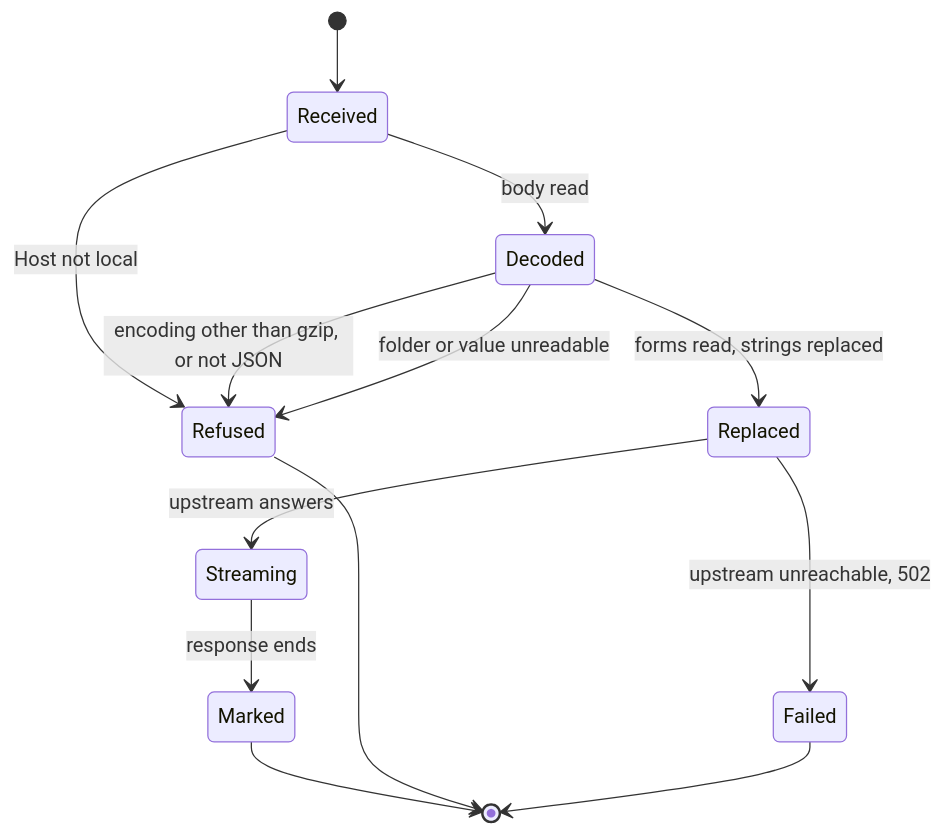
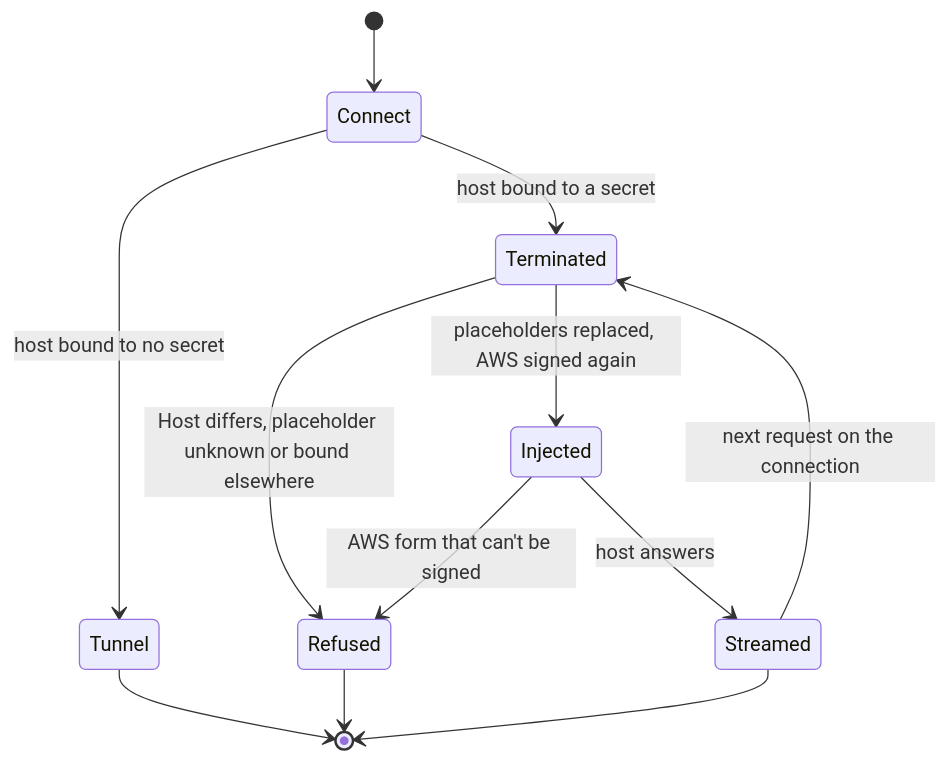
One commit to evgeny-simplex/simplex-chat changed the third of 4 diagrams in plans/2026-11-13-mcp-secrets.md. Above: the diagram before and after it, drawn with Mermaid. The commit also changed other lines of this file, not shown here.

Commit message:
plan: mcp-secrets, secrets bound to hosts, put in by the plugin's proxy

````diff
--- a/plans/2026-11-13-mcp-secrets.md
+++ b/plans/2026-11-13-mcp-secrets.md
@@ -308,15 +276,14 @@
 ```mermaid
 stateDiagram-v2
-  [*] --> Received
-  Received --> Refused: Host not local
-  Received --> Decoded: body read
-  Decoded --> Refused: encoding other than gzip, or not JSON
-  Decoded --> Replaced: forms read, strings replaced
-  Decoded --> Refused: folder or value unreadable
-  Replaced --> Streaming: upstream answers
-  Replaced --> Failed: upstream unreachable, 502
-  Streaming --> Marked: response ends
-  Marked --> [*]
+  [*] --> Connect
+  Connect --> Tunnel: host bound to no secret
+  Connect --> Terminated: host bound to a secret
+  Tunnel --> [*]
+  Terminated --> Refused: Host differs, placeholder unknown or bound elsewhere
+  Terminated --> Injected: placeholders replaced, AWS signed again
+  Injected --> Refused: AWS form that can't be signed
+  Injected --> Streamed: host answers
+  Streamed --> Terminated: next request on the connection
+  Streamed --> [*]
   Refused --> [*]
-  Failed --> [*]
 ```
````
